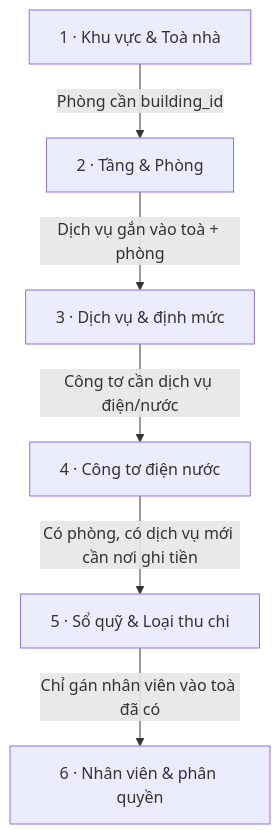
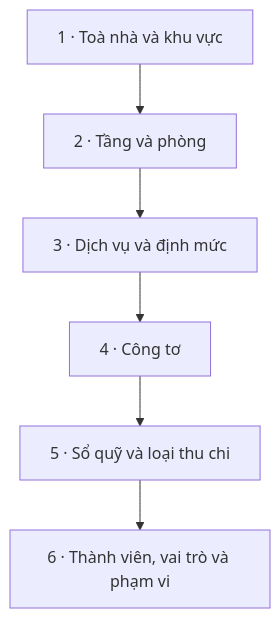
One commit to zxGreenxz/whiteboard-ihomecrm changed the diagram in docs/huong-dan-su-dung/01-bat-dau/khoi-tao-du-lieu/index.md. Above: the diagram before and after it, drawn with Mermaid. The commit also changed other lines of this file and 157 other files, not shown here.

````diff
--- a/docs/huong-dan-su-dung/01-bat-dau/khoi-tao-du-lieu/index.md
+++ b/docs/huong-dan-su-dung/01-bat-dau/khoi-tao-du-lieu/index.md
@@ -28,8 +26,8 @@
 ```mermaid
 flowchart TD
-  B1["1 · Khu vực & Toà nhà"] -->|"Phòng cần building_id"| B2["2 · Tầng & Phòng"]
-  B2 -->|"Dịch vụ gắn vào toà + phòng"| B3["3 · Dịch vụ & định mức"]
-  B3 -->|"Công tơ cần dịch vụ điện/nước"| B4["4 · Công tơ điện nước"]
-  B4 -->|"Có phòng, có dịch vụ mới cần nơi ghi tiền"| B5["5 · Sổ quỹ & Loại thu chi"]
-  B5 -->|"Chỉ gán nhân viên vào toà đã có"| B6["6 · Nhân viên & phân quyền"]
+  B1[1 · Toà nhà và khu vực] --> B2[2 · Tầng và phòng]
+  B2 --> B3[3 · Dịch vụ và định mức]
+  B3 --> B4[4 · Công tơ]
+  B4 --> B5[5 · Sổ quỹ và loại thu chi]
+  B5 --> B6[6 · Thành viên, vai trò và phạm vi]
 ```
````
